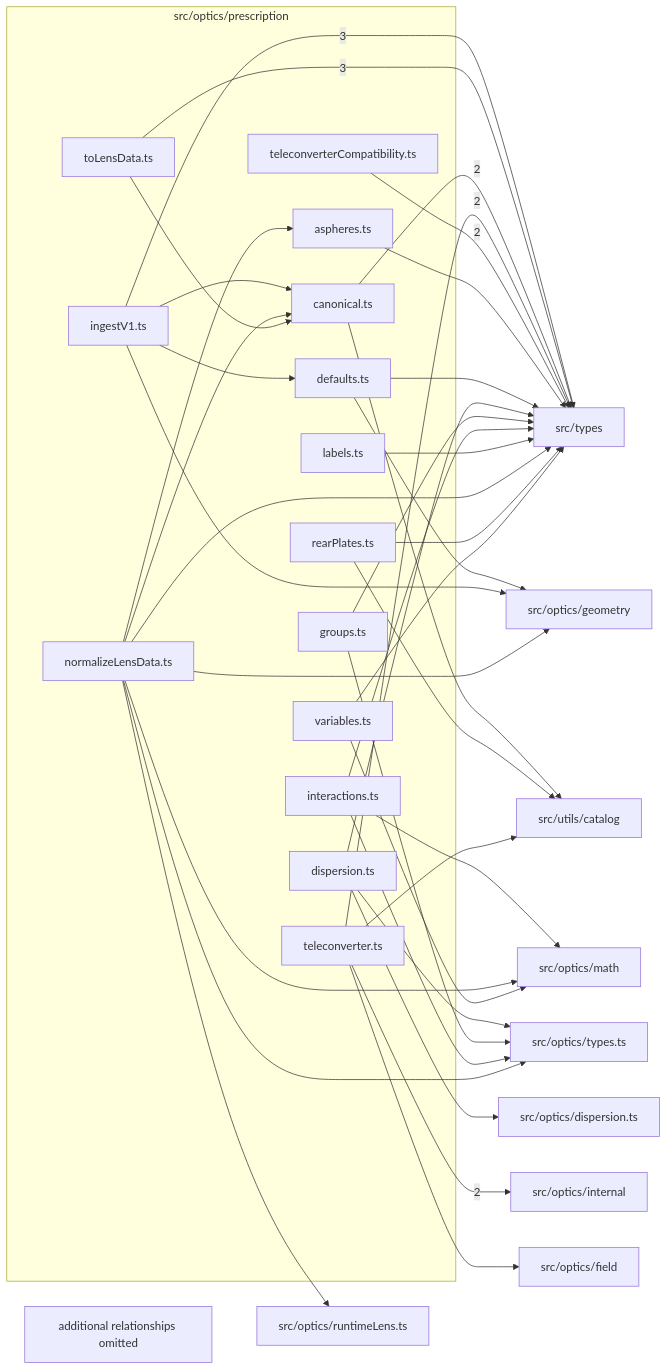
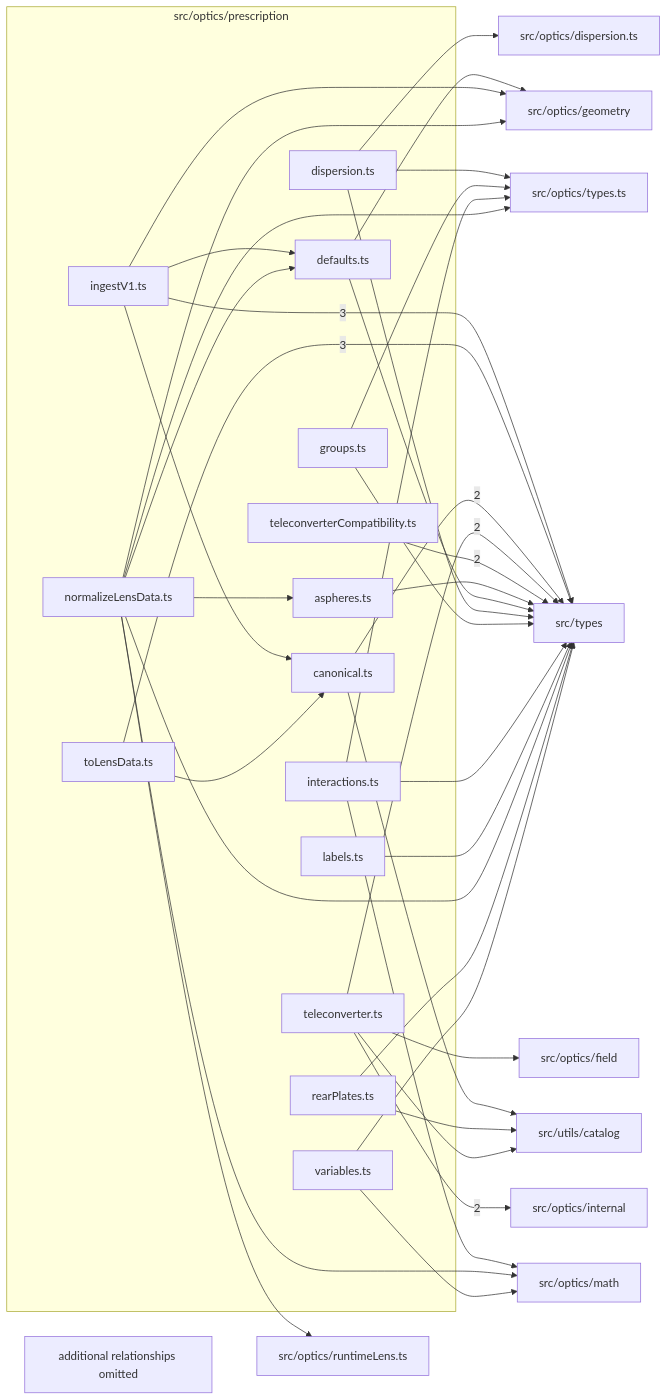
One commit to ronbuening/LensVisualizer changed the diagram in src/optics/prescription/readme.md. Above: the diagram before and after it, drawn with Mermaid. The commit also changed other lines of this file, not shown here.

First line of the commit message:
S2.P1.T2 Regenerate the prescription readme

````diff
--- a/src/optics/prescription/readme.md
+++ b/src/optics/prescription/readme.md
@@ -9,65 +9,65 @@
 ```mermaid
 flowchart LR
   subgraph n_src_optics_prescription["src/optics/prescription"]
     n_src_optics_prescription_src_optics_prescription_aspheres_ts["aspheres.ts"]
     n_src_optics_prescription_src_optics_prescription_canonical_ts["canonical.ts"]
     n_src_optics_prescription_src_optics_prescription_defaults_ts["defaults.ts"]
     n_src_optics_prescription_src_optics_prescription_dispersion_ts["dispersion.ts"]
     n_src_optics_prescription_src_optics_prescription_groups_ts["groups.ts"]
     n_src_optics_prescription_src_optics_prescription_ingestV1_ts["ingestV1.ts"]
     n_src_optics_prescription_src_optics_prescription_interactions_ts["interactions.ts"]
     n_src_optics_prescription_src_optics_prescription_labels_ts["labels.ts"]
     n_src_optics_prescription_src_optics_prescription_normalizeLensData_ts["normalizeLensData.ts"]
     n_src_optics_prescription_src_optics_prescription_rearPlates_ts["rearPlates.ts"]
     n_src_optics_prescription_src_optics_prescription_teleconverter_ts["teleconverter.ts"]
     n_src_optics_prescription_src_optics_prescription_teleconverterCompatibility_ts["teleconverterCompatibility.ts"]
     n_src_optics_prescription_src_optics_prescription_toLensData_ts["toLensData.ts"]
     n_src_optics_prescription_src_optics_prescription_variables_ts["variables.ts"]
   end
   n_external_src_types["src/types"]
   n_external_src_optics_internal["src/optics/internal"]
   n_external_src_optics_dispersion_ts["src/optics/dispersion.ts"]
   n_external_src_optics_field["src/optics/field"]
   n_external_src_optics_geometry["src/optics/geometry"]
   n_external_src_optics_math["src/optics/math"]
   n_external_src_optics_runtimeLens_ts["src/optics/runtimeLens.ts"]
   n_external_src_optics_types_ts["src/optics/types.ts"]
   n_external_src_utils_catalog["src/utils/catalog"]
   n_src_optics_prescription_src_optics_prescription_ingestV1_ts --> |3| n_external_src_types
   n_src_optics_prescription_src_optics_prescription_toLensData_ts --> |3| n_external_src_types
   n_src_optics_prescription_src_optics_prescription_teleconverter_ts --> |2| n_external_src_optics_internal
   n_src_optics_prescription_src_optics_prescription_canonical_ts --> |2| n_external_src_types
   n_src_optics_prescription_src_optics_prescription_teleconverter_ts --> |2| n_external_src_types
   n_src_optics_prescription_src_optics_prescription_teleconverterCompatibility_ts --> |2| n_external_src_types
   n_src_optics_prescription_src_optics_prescription_dispersion_ts --> n_external_src_optics_dispersion_ts
   n_src_optics_prescription_src_optics_prescription_teleconverter_ts --> n_external_src_optics_field
   n_src_optics_prescription_src_optics_prescription_defaults_ts --> n_external_src_optics_geometry
   n_src_optics_prescription_src_optics_prescription_ingestV1_ts --> n_external_src_optics_geometry
   n_src_optics_prescription_src_optics_prescription_normalizeLensData_ts --> n_external_src_optics_geometry
   n_src_optics_prescription_src_optics_prescription_interactions_ts --> n_external_src_optics_math
   n_src_optics_prescription_src_optics_prescription_normalizeLensData_ts --> n_external_src_optics_math
   n_src_optics_prescription_src_optics_prescription_variables_ts --> n_external_src_optics_math
   n_src_optics_prescription_src_optics_prescription_normalizeLensData_ts --> n_external_src_optics_runtimeLens_ts
   n_src_optics_prescription_src_optics_prescription_dispersion_ts --> n_external_src_optics_types_ts
   n_src_optics_prescription_src_optics_prescription_groups_ts --> n_external_src_optics_types_ts
   n_src_optics_prescription_src_optics_prescription_interactions_ts --> n_external_src_optics_types_ts
   n_src_optics_prescription_src_optics_prescription_normalizeLensData_ts --> n_external_src_optics_types_ts
   n_src_optics_prescription_src_optics_prescription_aspheres_ts --> n_external_src_types
   n_src_optics_prescription_src_optics_prescription_defaults_ts --> n_external_src_types
   n_src_optics_prescription_src_optics_prescription_dispersion_ts --> n_external_src_types
   n_src_optics_prescription_src_optics_prescription_groups_ts --> n_external_src_types
   n_src_optics_prescription_src_optics_prescription_interactions_ts --> n_external_src_types
   n_src_optics_prescription_src_optics_prescription_labels_ts --> n_external_src_types
   n_src_optics_prescription_src_optics_prescription_normalizeLensData_ts --> n_external_src_types
   n_src_optics_prescription_src_optics_prescription_rearPlates_ts --> n_external_src_types
   n_src_optics_prescription_src_optics_prescription_variables_ts --> n_external_src_types
   n_src_optics_prescription_src_optics_prescription_canonical_ts --> n_external_src_utils_catalog
   n_src_optics_prescription_src_optics_prescription_rearPlates_ts --> n_external_src_utils_catalog
   n_src_optics_prescription_src_optics_prescription_teleconverter_ts --> n_external_src_utils_catalog
   n_src_optics_prescription_src_optics_prescription_normalizeLensData_ts --> n_src_optics_prescription_src_optics_prescription_aspheres_ts
   n_src_optics_prescription_src_optics_prescription_ingestV1_ts --> n_src_optics_prescription_src_optics_prescription_canonical_ts
-  n_src_optics_prescription_src_optics_prescription_normalizeLensData_ts --> n_src_optics_prescription_src_optics_prescription_canonical_ts
   n_src_optics_prescription_src_optics_prescription_toLensData_ts --> n_src_optics_prescription_src_optics_prescription_canonical_ts
   n_src_optics_prescription_src_optics_prescription_ingestV1_ts --> n_src_optics_prescription_src_optics_prescription_defaults_ts
+  n_src_optics_prescription_src_optics_prescription_normalizeLensData_ts --> n_src_optics_prescription_src_optics_prescription_defaults_ts
   n_src_optics_prescription_truncated["additional relationships omitted"]
 ```
````
